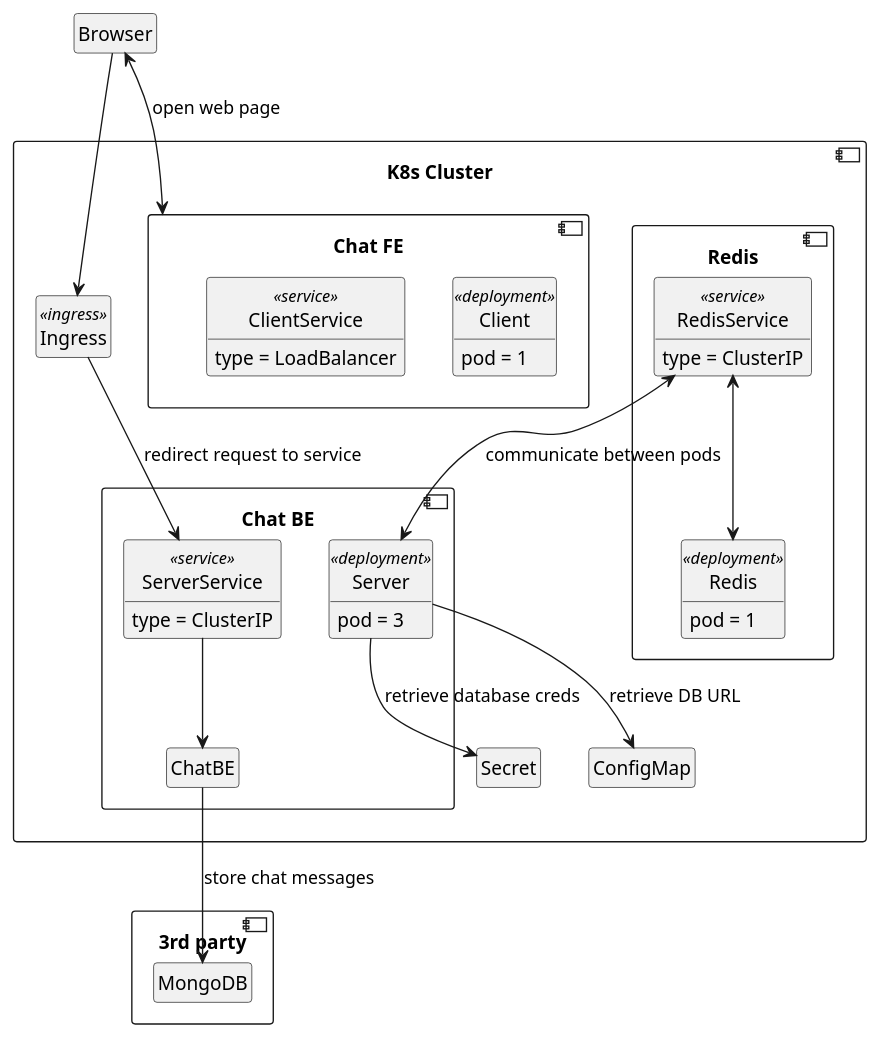
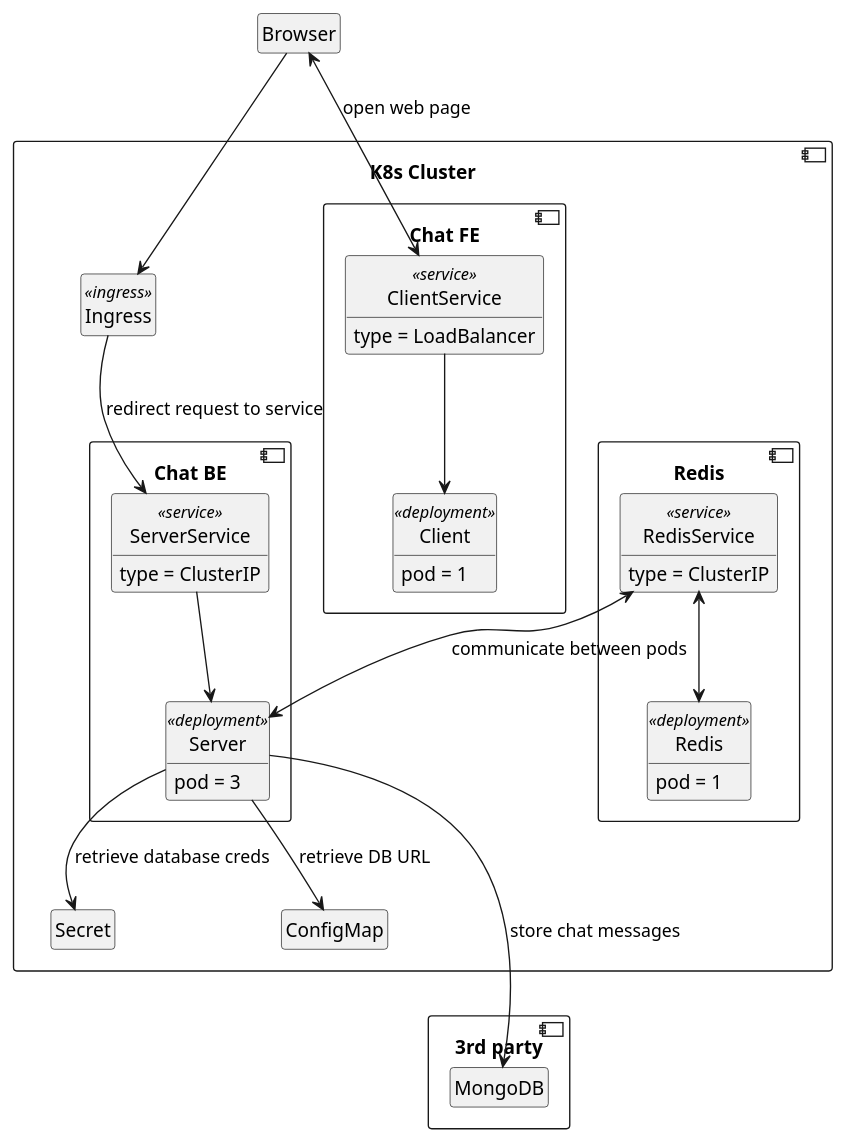
Before and after one commit to iamdejan/socketio-chat-app: the diagram in terraform-k8s/system-architecture.md, drawn with PlantUML.

Commit message:
Fix system architecture diagram

````diff
--- a/terraform-k8s/system-architecture.md
+++ b/terraform-k8s/system-architecture.md
@@ -1,65 +1,67 @@
 ```plantuml
 
 @startuml
 
 skinparam shadowing false
 hide empty fields
 hide empty methods
 hide circle
 
 class Browser
 
 component "K8s Cluster" {
     class Secret
     class ConfigMap
     class Ingress <<ingress>>
 
     component Redis {
         class RedisService <<service>> {
             type = ClusterIP
         }
         class Redis <<deployment>> {
             pod = 1
         }
 
         RedisService <--> Redis
     }
 
     component "Chat BE" {
         class ServerService <<service>> {
             type = ClusterIP
         }
         class Server <<deployment>> {
             pod = 3
         }
 
-        ServerService --> ChatBE
+        ServerService --> Server
     }
 
     component "Chat FE" {
         class Client <<deployment>> {
             pod = 1
         }
 
         class ClientService <<service>> {
             type = LoadBalancer
         }
+
+        ClientService --> Client
     }
 
     Server --> ConfigMap: retrieve DB URL
     RedisService <--> Server: communicate between pods
     Server --> Secret: retrieve database creds
 
-    "Chat FE" <--> Browser: open web page
+    ClientService <--> Browser: open web page
     Browser --> Ingress
     Ingress --> ServerService: redirect request to service
 }
 
 component "3rd party" {
     class MongoDB {}
-    ChatBE --> MongoDB: store chat messages
+    Server ---> MongoDB: store chat messages
 }
 
 @enduml
 
 ```
````
